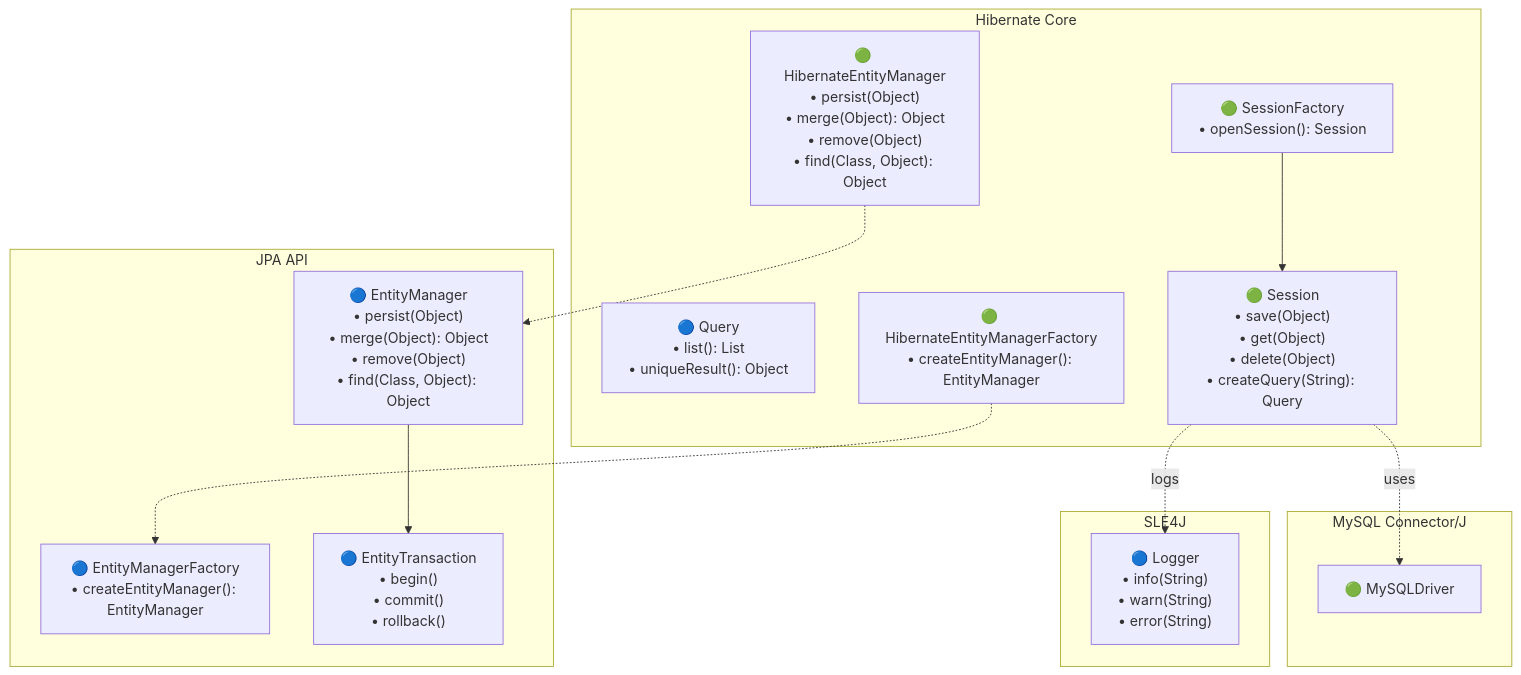
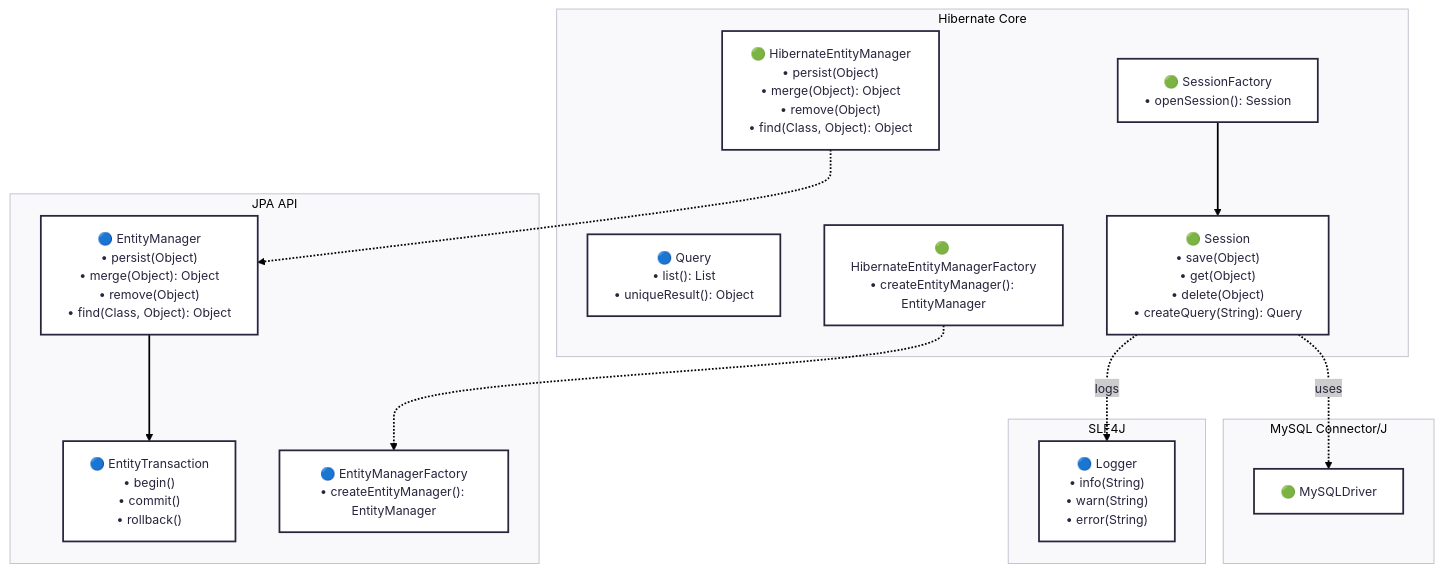
Before and after one commit to star1431/backend: the second of 3 diagrams in src/week_10/_1022/1022내용.md, drawn with Mermaid. The commit also changed other lines of this file and 5 other files, not shown here.

````diff
--- a/src/week_10/_1022/1022내용.md
+++ b/src/week_10/_1022/1022내용.md
@@ -111,31 +111,33 @@
 ```mermaid
-graph TB
-    subgraph "Hibernate Core"
-        Query["🔵 Query<br/>• list(): List<br/>• uniqueResult(): Object"]
-        Session["🟢 Session<br/>• save(Object)<br/>• get(Object)<br/>• delete(Object)<br/>• createQuery(String): Query"]
-        HibernateEntityManagerFactory["🟢 HibernateEntityManagerFactory<br/>• createEntityManager(): EntityManager"]
-        HibernateEntityManager["🟢 HibernateEntityManager<br/>• persist(Object)<br/>• merge(Object): Object<br/>• remove(Object)<br/>• find(Class, Object): Object"]
-        SessionFactory["🟢 SessionFactory<br/>• openSession(): Session"]
-    end
-    
-    subgraph "JPA API"
-        EntityManagerFactory["🔵 EntityManagerFactory<br/>• createEntityManager(): EntityManager"]
-        EntityTransaction["🔵 EntityTransaction<br/>• begin()<br/>• commit()<br/>• rollback()"]
-        EntityManager["🔵 EntityManager<br/>• persist(Object)<br/>• merge(Object): Object<br/>• remove(Object)<br/>• find(Class, Object): Object"]
-    end
-    
-    subgraph "MySQL Connector/J"
+---
+config:
+  layout: fixed
+  theme: redux
+---
+flowchart TD
+ subgraph subGraph0["JPA API"]
+        EntityTransaction["🔵 EntityTransaction<br>• begin()<br>• commit()<br>• rollback()"]
+        EntityManagerFactory["🔵 EntityManagerFactory<br>• createEntityManager(): EntityManager"]
+        EntityManager["🔵 EntityManager<br>• persist(Object)<br>• merge(Object): Object<br>• remove(Object)<br>• find(Class, Object): Object"]
+  end
+ subgraph subGraph1["Hibernate Core"]
+        Query["🔵 Query<br>• list(): List<br>• uniqueResult(): Object"]
+        Session["🟢 Session<br>• save(Object)<br>• get(Object)<br>• delete(Object)<br>• createQuery(String): Query"]
+        SessionFactory["🟢 SessionFactory<br>• openSession(): Session"]
+        HibernateEntityManager["🟢 HibernateEntityManager<br>• persist(Object)<br>• merge(Object): Object<br>• remove(Object)<br>• find(Class, Object): Object"]
+        HibernateEntityManagerFactory["🟢 HibernateEntityManagerFactory<br>• createEntityManager(): EntityManager"]
+  end
+ subgraph subGraph2["MySQL Connector/J"]
         MySQLDriver["🟢 MySQLDriver"]
-    end
-    
-    subgraph "SLF4J"
-        Logger["🔵 Logger<br/>• info(String)<br/>• warn(String)<br/>• error(String)"]
-    end
-    
-    Session -.->|uses| MySQLDriver
-    Session -.->|logs| Logger
+  end
+ subgraph SLF4J["SLF4J"]
+        Logger["🔵 Logger<br>• info(String)<br>• warn(String)<br>• error(String)"]
+  end
+    EntityManager --> EntityTransaction
+    SessionFactory --> Session
+    Session -. logs .-> Logger
+    Session -. uses .-> MySQLDriver
+    HibernateEntityManager -.-> EntityManager
     HibernateEntityManagerFactory -.-> EntityManagerFactory
-    HibernateEntityManager -.-> EntityManager
-    SessionFactory --> Session
-    EntityManager --> EntityTransaction
+
 ```
````
